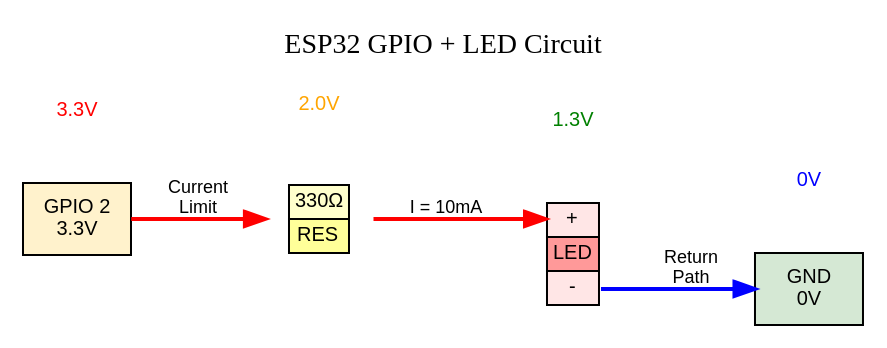
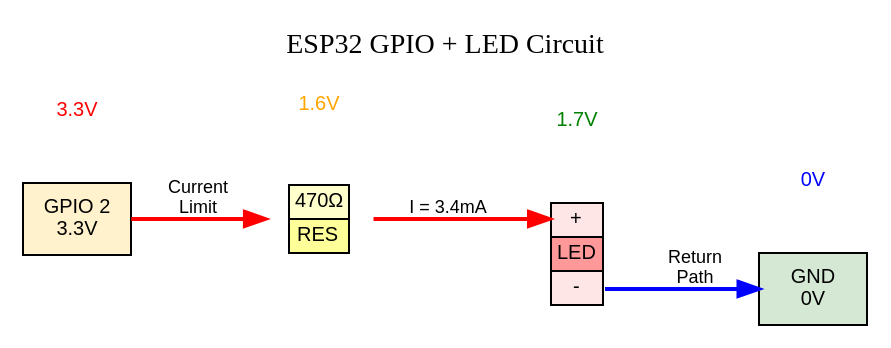
The diagram in image-src/led_circuit.dot (thanapornPit/Week-09-Microcontroller-applications), drawn with Graphviz before and after one commit. The commit also changed 8 other files, not shown here.

```diff
--- a/image-src/led_circuit.dot
+++ b/image-src/led_circuit.dot
@@ -1,59 +1,59 @@
 digraph LED_Circuit {
     // Graph settings
     rankdir=LR;
     bgcolor="white";
     node [fontname="Arial", fontsize=10];
     edge [fontname="Arial", fontsize=9];
     
     // Subgraph for ESP32
     subgraph cluster_esp32 {
         label="ESP32";
         style=filled;
         fillcolor="#E8F4FD";
         fontsize=12;
         fontname="Arial Bold";
         
         gpio2 [label="GPIO 2\n3.3V", shape=box, style=filled, fillcolor="#FFF2CC"];
         gnd [label="GND\n0V", shape=box, style=filled, fillcolor="#D5E8D4"];
     }
     
     // LED representation using HTML-like labels
     led [label=<
         <TABLE BORDER="0" CELLBORDER="1" CELLSPACING="0">
             <TR><TD BGCOLOR="#FFE6E6" PORT="anode">+</TD></TR>
             <TR><TD BGCOLOR="#FF9999">LED</TD></TR>
             <TR><TD BGCOLOR="#FFE6E6" PORT="cathode">-</TD></TR>
         </TABLE>
     >, shape=plaintext];
     
     // Resistor representation
     resistor [label=<
         <TABLE BORDER="0" CELLBORDER="1" CELLSPACING="0">
-            <TR><TD BGCOLOR="#FFFFCC">330Ω</TD></TR>
+            <TR><TD BGCOLOR="#FFFFCC">470Ω</TD></TR>
             <TR><TD BGCOLOR="#FFFF99">RES</TD></TR>
         </TABLE>
     >, shape=plaintext];
     
     // Connections
     gpio2 -> resistor [label="Current\nLimit", color="red", penwidth=2];
-    resistor -> led:anode [label="I = 10mA", color="red", penwidth=2];
+    resistor -> led:anode [label="I = 3.4mA", color="red", penwidth=2];
     led:cathode -> gnd [label="Return\nPath", color="blue", penwidth=2];
     
     // Voltage annotations
     v1 [label="3.3V", shape=plaintext, fontcolor="red"];
-    v2 [label="2.0V", shape=plaintext, fontcolor="orange"];
-    v3 [label="1.3V", shape=plaintext, fontcolor="green"];
+    v2 [label="1.6V", shape=plaintext, fontcolor="orange"];
+    v3 [label="1.7V", shape=plaintext, fontcolor="green"];
     v4 [label="0V", shape=plaintext, fontcolor="blue"];
     
-    // Position voltage labels
-    {rank=same; v1; gpio2}
-    {rank=same; v2; resistor}
-    {rank=same; v3; led}
-    {rank=same; v4; gnd}
+    // Position voltage labels correctly (top to bottom)
+    {rank=same; v1; gpio2}      // 3.3V at top
+    {rank=same; v2; resistor}   // 2.0V at resistor
+    {rank=same; v3; led}        // 1.3V at LED
+    {rank=same; v4; gnd}        // 0V at bottom
     
     // Title
     label="ESP32 GPIO + LED Circuit";
     labelloc="t";
     fontsize=14;
     fontname="Arial Bold";
 }
```
